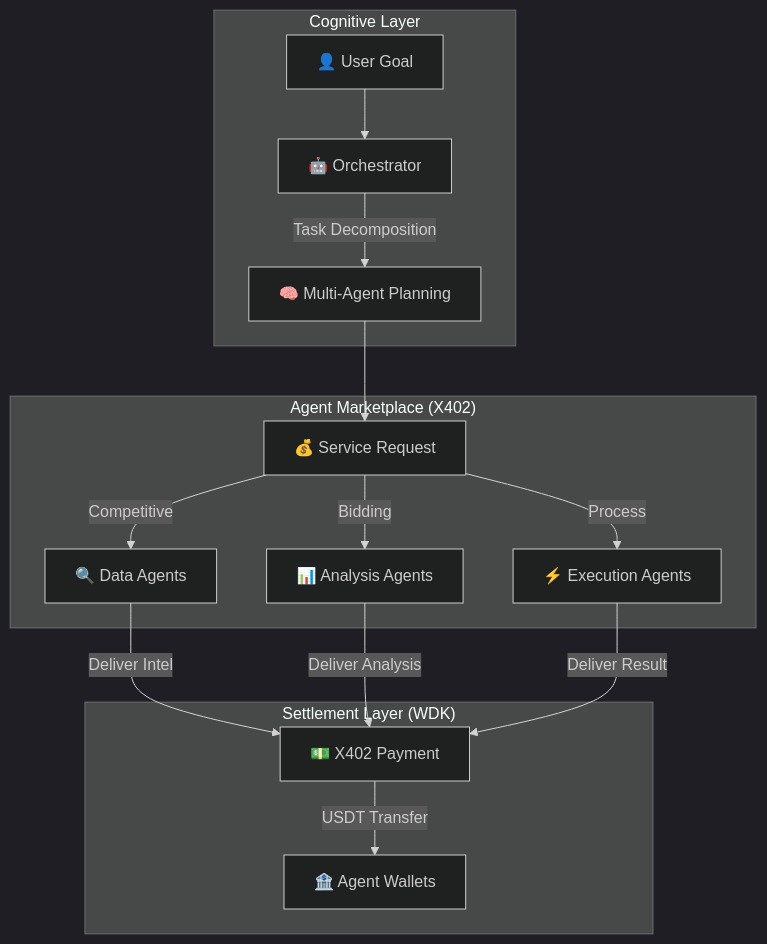
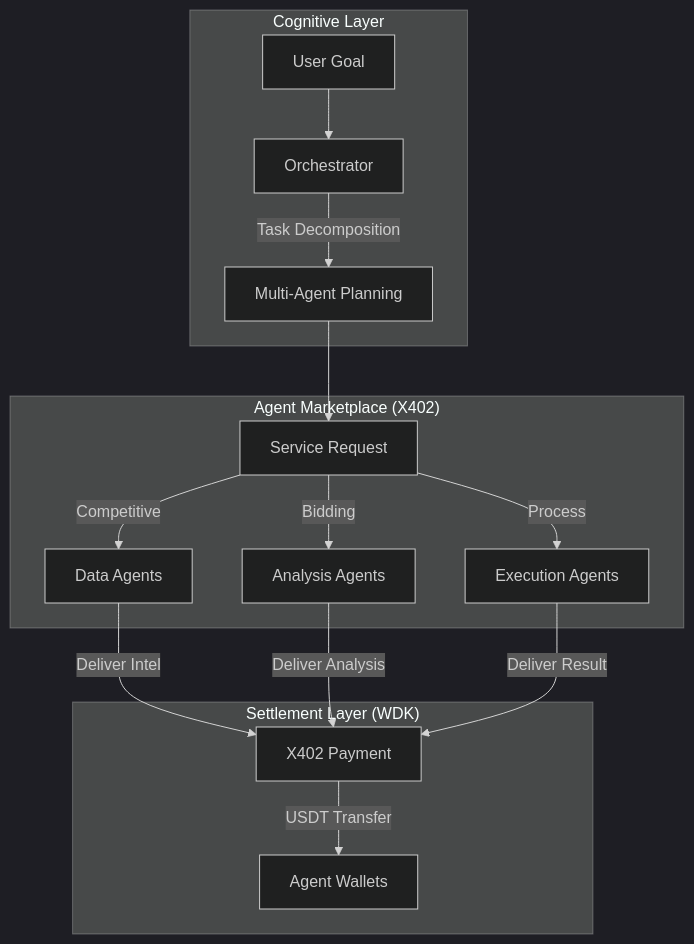
Before and after one commit to anhquan075/OmniAgent: the first of 7 diagrams in README.md, drawn with Mermaid (dark theme). The commit also changed other lines of this file, not shown here.

Commit message:
refactor: update README formatting and section headings for consistency

````diff
--- a/README.md
+++ b/README.md
@@ -46,21 +46,21 @@
 ```mermaid
 graph TD
     subgraph "Cognitive Layer"
-        A["👤 User Goal"] --> B["🤖 Orchestrator"]
-        B -->|Task Decomposition| C["🧠 Multi-Agent Planning"]
+        A["User Goal"] --> B["Orchestrator"]
+        B -->|Task Decomposition| C["Multi-Agent Planning"]
     end
 
     subgraph "Agent Marketplace (X402)"
-        C --> D["💰 Service Request"]
-        D -->|Competitive| E["🔍 Data Agents"]
-        D -->|Bidding| F["📊 Analysis Agents"]
-        D -->|Process| G["⚡ Execution Agents"]
+        C --> D["Service Request"]
+        D -->|Competitive| E["Data Agents"]
+        D -->|Bidding| F["Analysis Agents"]
+        D -->|Process| G["Execution Agents"]
     end
 
     subgraph "Settlement Layer (WDK)"
-        E -->|Deliver Intel| H["💵 X402 Payment"]
+        E -->|Deliver Intel| H["X402 Payment"]
         F -->|Deliver Analysis| H
         G -->|Deliver Result| H
-        H -->|USDT Transfer| I["🏦 Agent Wallets"]
+        H -->|USDT Transfer| I["Agent Wallets"]
     end
 ```
````
